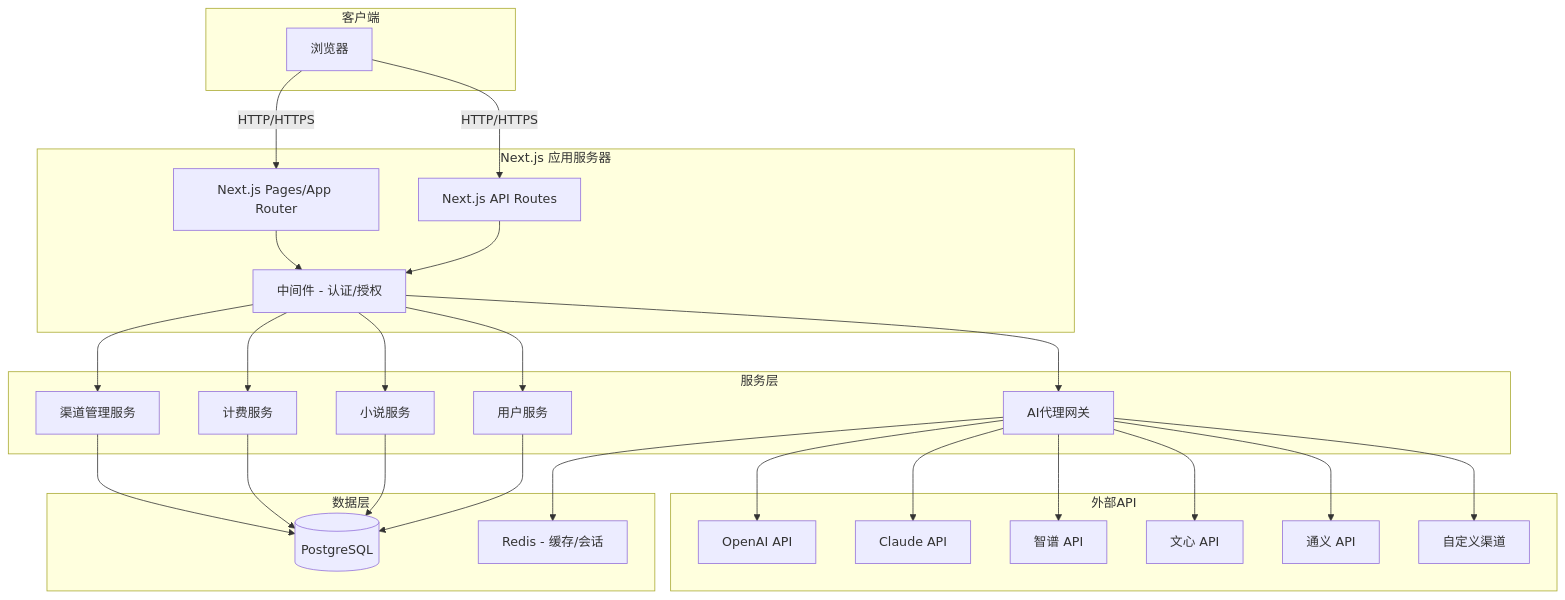
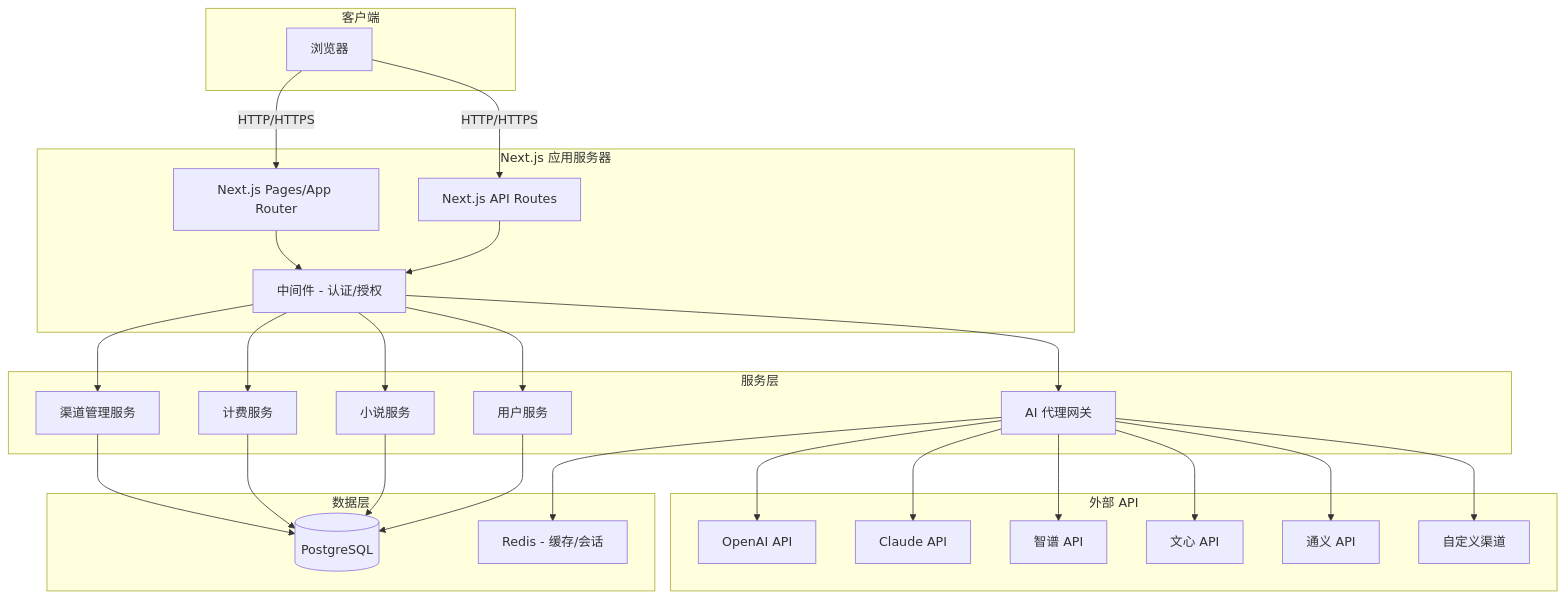
Before and after one commit to su469843/fuwuqi: the diagram in .monkeycode/specs/2026-05-03-novel-writing-platform/design.md, drawn with Mermaid. The commit also changed other lines of this file and 1 other file, not shown here.

````diff
--- a/.monkeycode/specs/2026-05-03-novel-writing-platform/design.md
+++ b/.monkeycode/specs/2026-05-03-novel-writing-platform/design.md
@@ -12,55 +12,55 @@
 ```mermaid
 graph TB
     subgraph "客户端"
         A[浏览器]
     end
     
     subgraph "Next.js 应用服务器"
         B[Next.js API Routes]
         C[Next.js Pages/App Router]
         D[中间件 - 认证/授权]
     end
     
     subgraph "服务层"
         E[用户服务]
         F[小说服务]
         G[计费服务]
-        H[AI代理网关]
+        H[AI 代理网关]
         I[渠道管理服务]
     end
     
     subgraph "数据层"
         J[(PostgreSQL)]
         K[Redis - 缓存/会话]
     end
     
-    subgraph "外部API"
+    subgraph "外部 API"
         L[OpenAI API]
         M[Claude API]
         N[智谱 API]
         O[文心 API]
         P[通义 API]
         Q[自定义渠道]
     end
     
     A -->|HTTP/HTTPS| B
     A -->|HTTP/HTTPS| C
     B --> D
     C --> D
     D --> E
     D --> F
     D --> G
     D --> H
     D --> I
     E --> J
     F --> J
     G --> J
     H --> K
     I --> J
     H --> L
     H --> M
     H --> N
     H --> O
     H --> P
     H --> Q
 ```
````
